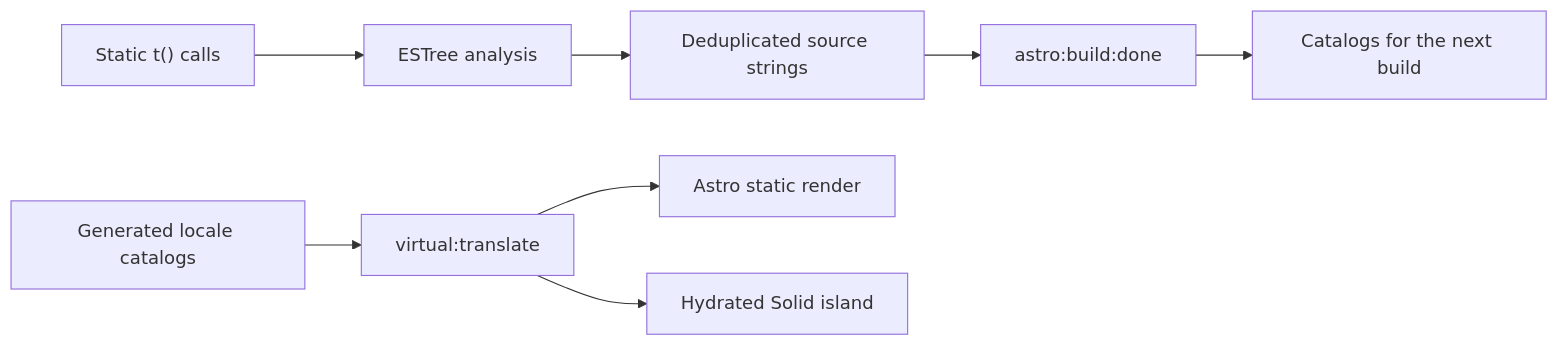
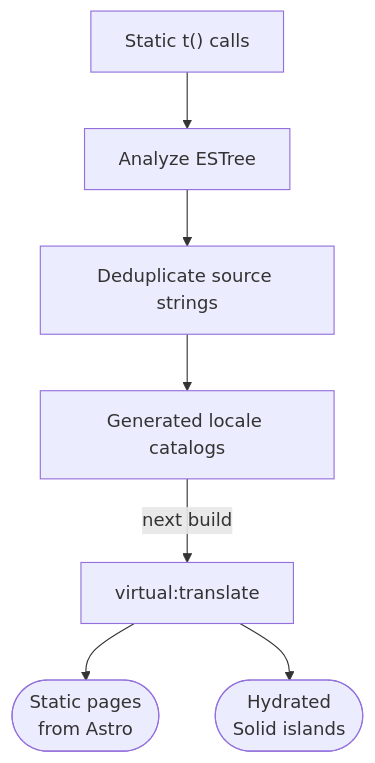
The diagram in web/content/blog/a-small-custom-i18n-runtime-for-astro.mdx (ErickCReis/ErickCReis), drawn with Mermaid before and after one commit. The commit also changed 23 other files, not shown here.

Commit message:
Polish Mermaid diagrams across blog posts

````diff
--- a/web/content/blog/a-small-custom-i18n-runtime-for-astro.mdx
+++ b/web/content/blog/a-small-custom-i18n-runtime-for-astro.mdx
@@ -12,10 +12,9 @@
 ```mermaid center
-flowchart LR
-  Source["Static t() calls"] --> AST["ESTree analysis"]
-  AST --> Collector["Deduplicated source strings"]
-  Catalogs["Generated locale catalogs"] --> Virtual["virtual:translate"]
-  Virtual --> SSR["Astro static render"]
-  Virtual --> Client["Hydrated Solid island"]
-  Collector --> Done["astro:build:done"]
-  Done --> Next["Catalogs for the next build"]
+flowchart TB
+  Source["Static t() calls"] --> AST["Analyze ESTree"]
+  AST --> Collector["Deduplicate source strings"]
+  Collector --> Catalogs["Generated locale catalogs"]
+  Catalogs -->|"next build"| Virtual["virtual:translate"]
+  Virtual --> SSR(["Static pages<br/>from Astro"])
+  Virtual --> Client(["Hydrated<br/>Solid islands"])
 ```
````
